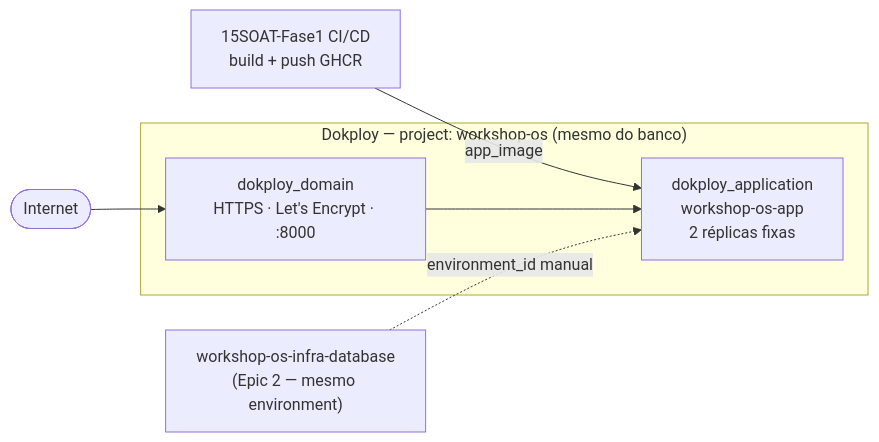
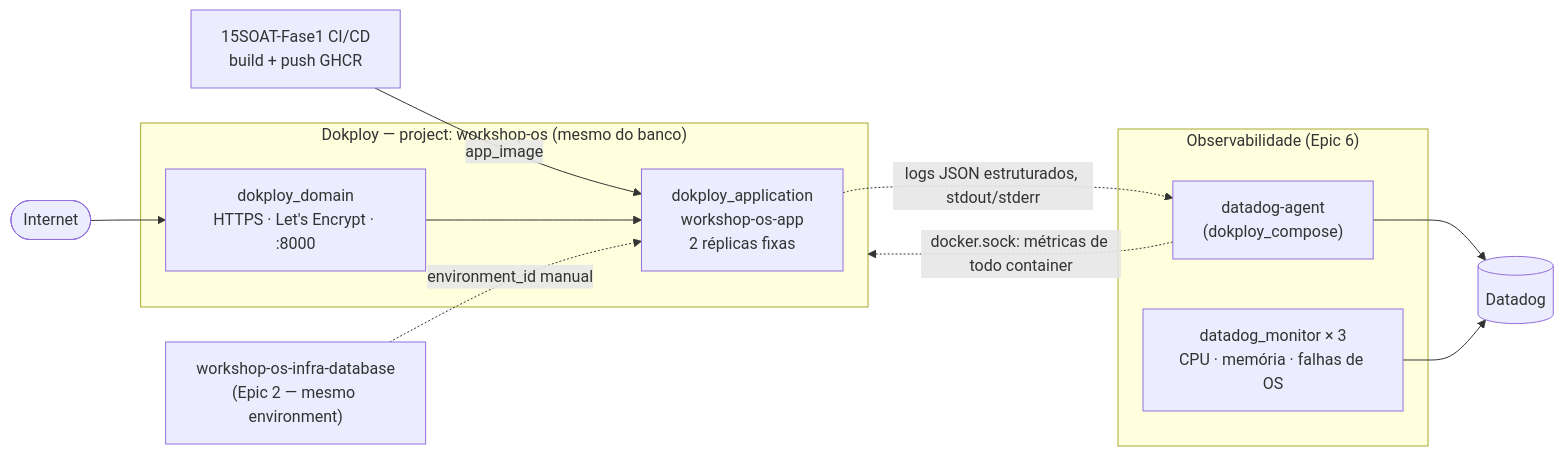
One commit to CandidoRPNeto/15SOAT-Fase1-kubernetes changed the diagram in README.md. Above: the diagram before and after it, drawn with Mermaid. The commit also changed other lines of this file and 5 other files, not shown here.

````diff
--- a/README.md
+++ b/README.md
@@ -71,13 +80,22 @@
 ```mermaid
 flowchart LR
     CI["15SOAT-Fase1 CI/CD<br/>build + push GHCR"] -->|app_image| App
 
     subgraph Dokploy["Dokploy — project: workshop-os (mesmo do banco)"]
         App["dokploy_application<br/>workshop-os-app<br/>2 réplicas fixas"]
         Domain["dokploy_domain<br/>HTTPS · Let's Encrypt · :8000"]
         Domain --> App
     end
 
     DB["workshop-os-infra-database<br/>(Epic 2 — mesmo environment)"] -.->|environment_id manual| App
     Internet(["Internet"]) --> Domain
+
+    subgraph Obs["Observabilidade (Epic 6)"]
+        Agent["datadog-agent<br/>(dokploy_compose)"]
+        Monitors["datadog_monitor × 3<br/>CPU · memória · falhas de OS"]
+    end
+    Agent -.->|docker.sock: métricas de todo container| Dokploy
+    App -.->|logs JSON estruturados, stdout/stderr| Agent
+    Agent --> DD[("Datadog")]
+    Monitors --> DD
 ```
````
